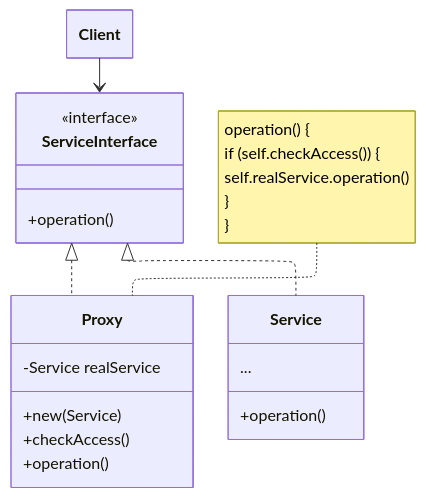
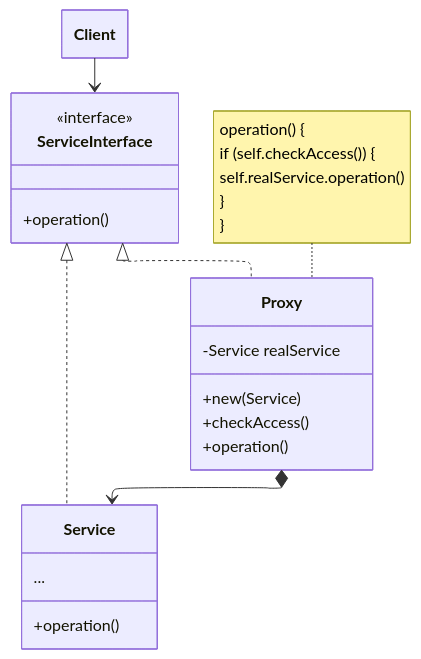
Before and after one commit to FAZuH/quartz: the diagram in content/3 Reference/proxy-design-pattern_202606071624.md, drawn with Mermaid. The commit also changed other lines of this file and 3 other files, not shown here.

````diff
--- a/content/3 Reference/proxy-design-pattern_202606071624.md
+++ b/content/3 Reference/proxy-design-pattern_202606071624.md
@@ -25,34 +25,36 @@
 ```mermaid
 ---
 config:
   layout: elk 
   class: 
     hideEmptyMembersBox: true
 ---
 classDiagram
 	class Client
 	class ServiceInterface {
 		<<interface>>
 		+operation()
 	}
 	class Proxy {
 		-Service realService
 		+new(Service)
 		+checkAccess()
 		+operation()
 	}
 	class Service {
 		...
 		+operation()
 	}
 	
 	Client --> ServiceInterface
 	ServiceInterface <|.. Service
 	ServiceInterface <|.. Proxy
+	Proxy *--> Service
+	
 	
 	note for Proxy "operation() {
 		if (self.checkAccess()) {
 			self.realService.operation()
 		}
 	}"
 ```
````
